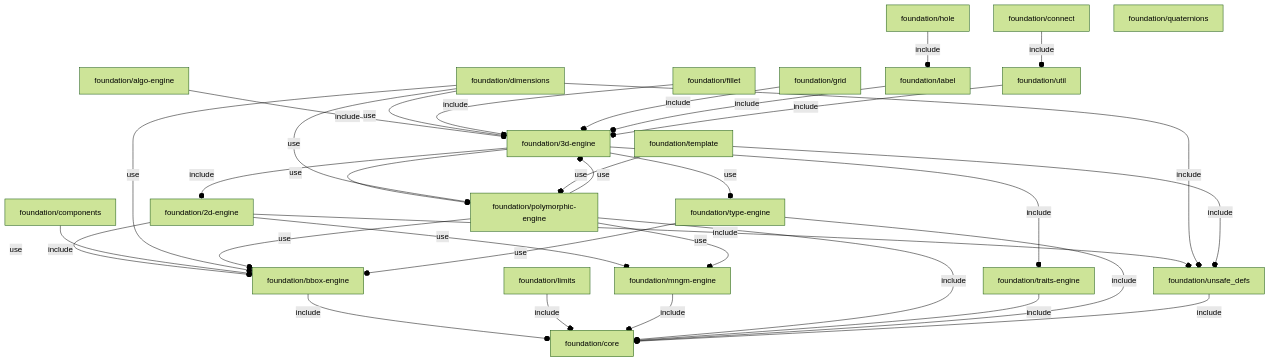
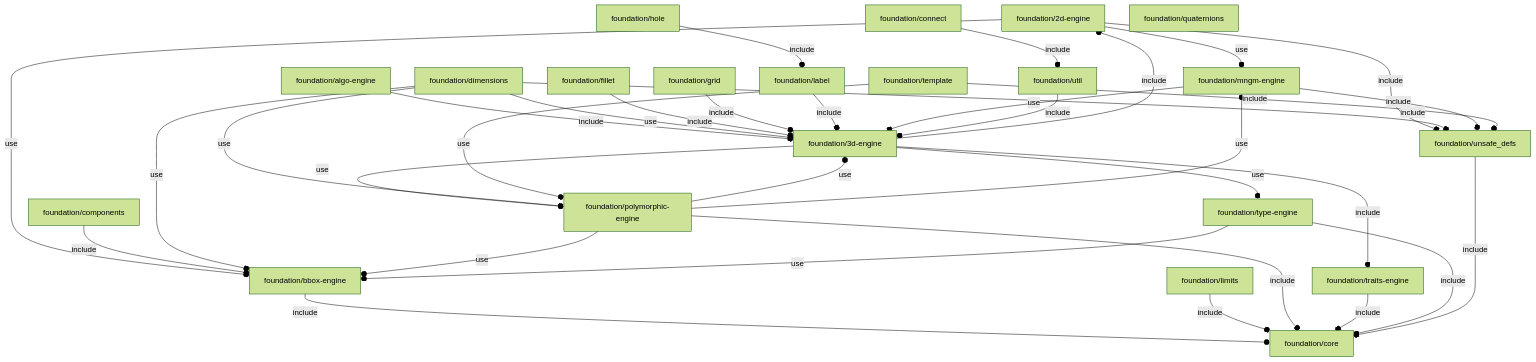
One commit to ggabbiani/OFL changed the diagram in orthodocs/foundation/deps.md. Above: the diagram before and after it, drawn with Mermaid (forest theme). The commit also changed 13 other files, not shown here.

````diff
--- a/orthodocs/foundation/deps.md
+++ b/orthodocs/foundation/deps.md
@@ -3,37 +3,38 @@
 ```mermaid
 graph TD
     A1[foundation/2d-engine] --o|include| A2[foundation/unsafe_defs]
     A1 --o|use| A3[foundation/bbox-engine]
     A1 --o|use| A4[foundation/mngm-engine]
     A5[foundation/3d-engine] --o|include| A1
     A5 --o|include| A6[foundation/traits-engine]
     A5 --o|use| A7[foundation/polymorphic-engine]
     A5 --o|use| A8[foundation/type-engine]
     A9[foundation/algo-engine] --o|include| A5
     A3 --o|include| A10[foundation/core]
     A11[foundation/components] --o|include| A3
     A12[foundation/connect] --o|include| A13[foundation/util]
     A10
     A14[foundation/dimensions] --o|include| A2
     A14 --o|use| A5
     A14 --o|use| A3
     A14 --o|use| A7
     A15[foundation/fillet] --o|include| A5
     A16[foundation/grid] --o|include| A5
     A17[foundation/hole] --o|include| A18[foundation/label]
     A18 --o|include| A5
     A19[foundation/limits] --o|include| A10
-    A4 --o|include| A10
+    A4 --o|include| A2
+    A4 --o|use| A5
     A7 --o|include| A10
     A7 --o|use| A5
     A7 --o|use| A3
     A7 --o|use| A4
     A20[foundation/quaternions]
     A21[foundation/template] --o|include| A2
     A21 --o|use| A7
     A6 --o|include| A10
     A8 --o|include| A10
     A8 --o|use| A3
     A2 --o|include| A10
     A13 --o|include| A5
 ```
````
